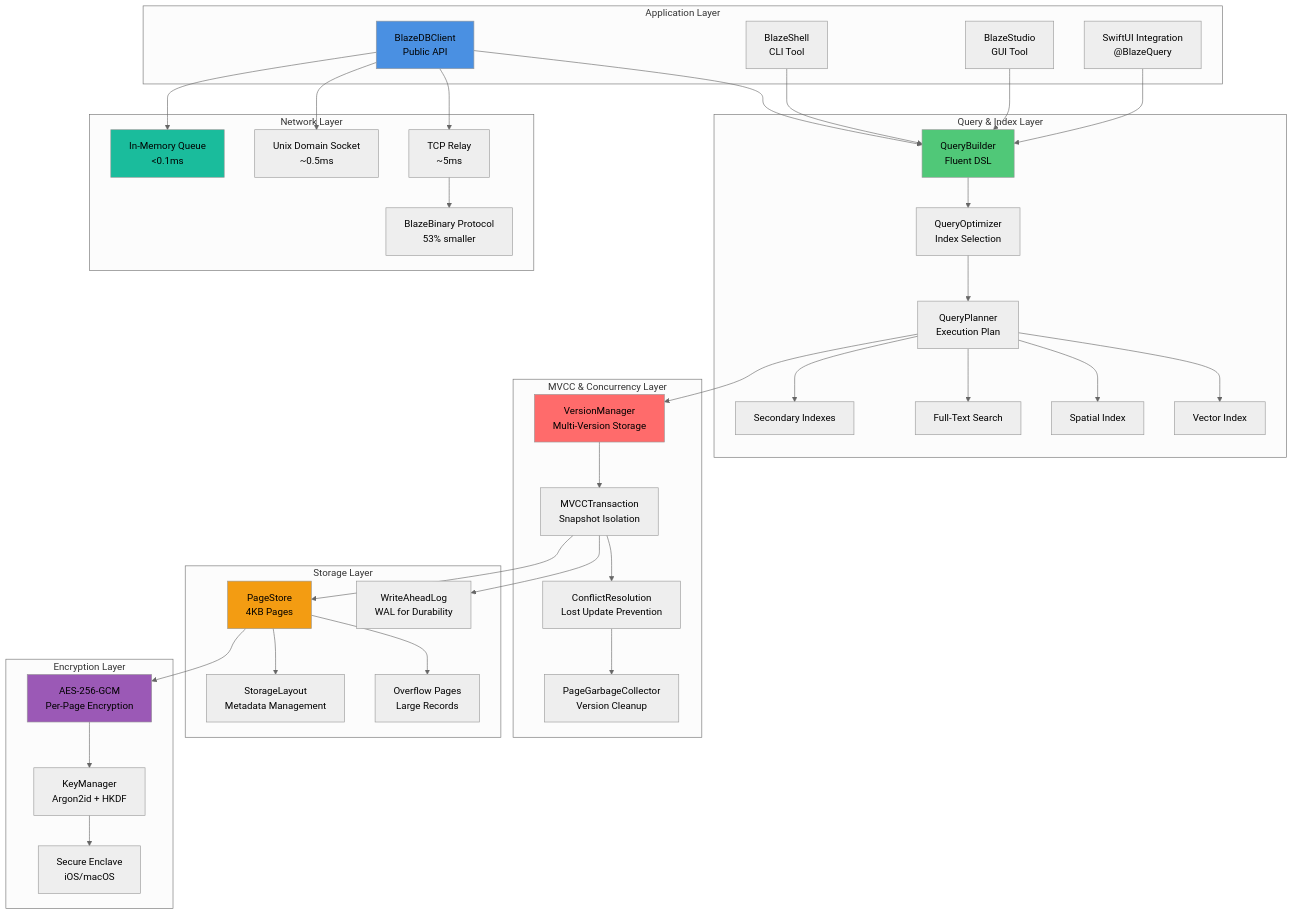
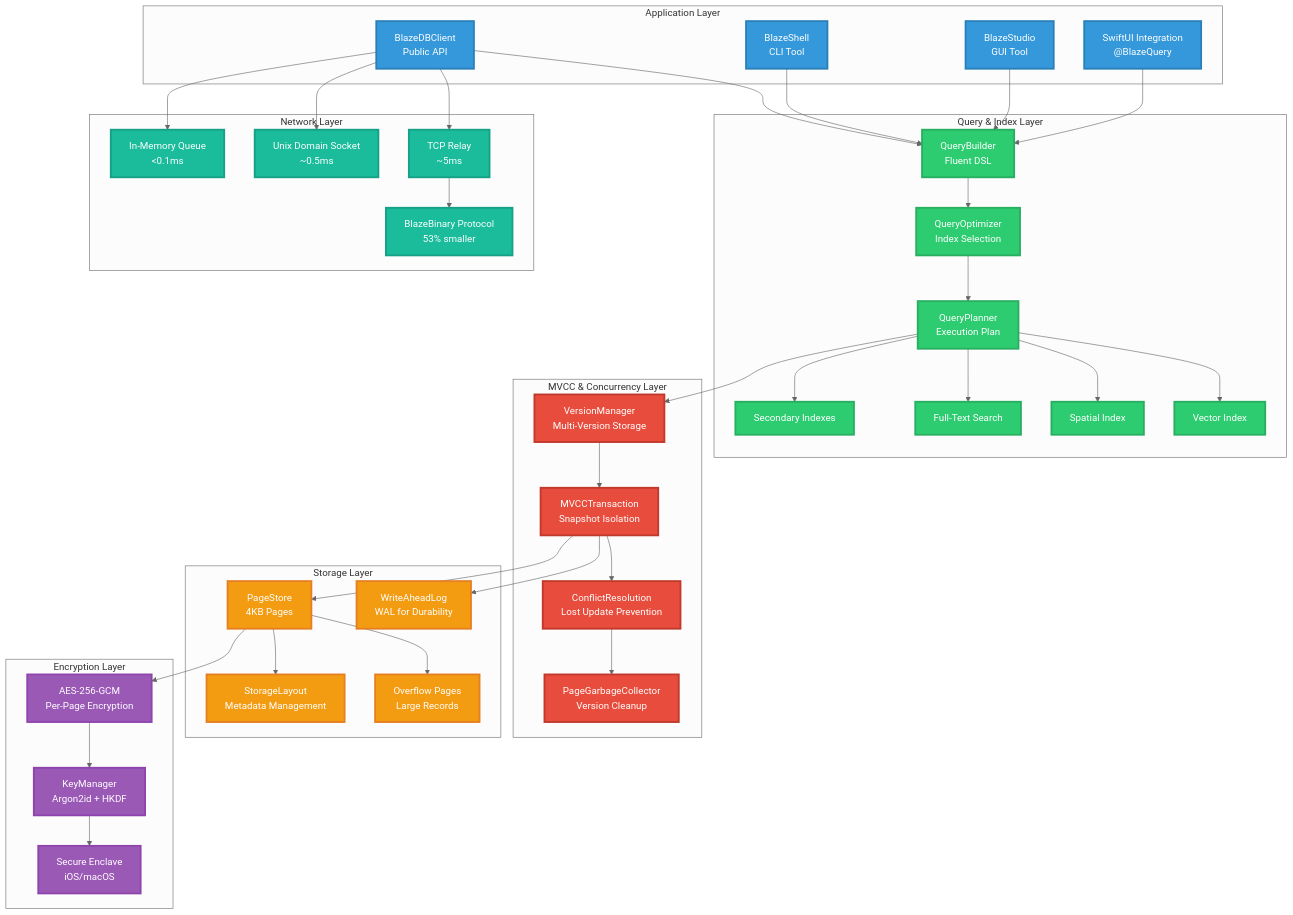
Before and after one commit to Mikedan37/BlazeDB: the first of 8 diagrams in README.md, drawn with Mermaid (neutral theme). The commit also changed other lines of this file, not shown here.

First line of the commit message:
Fix Mermaid diagram syntax errors and improve styling

````diff
--- a/README.md
+++ b/README.md
@@ -299,47 +299,47 @@
 ```mermaid
 graph TB
-    subgraph "Application Layer"
-        A1[BlazeDBClient<br/>Public API]
-        A2[BlazeShell<br/>CLI Tool]
-        A3[BlazeStudio<br/>GUI Tool]
-        A4[SwiftUI Integration<br/>@BlazeQuery]
+    subgraph AppLayer["Application Layer"]
+        A1["BlazeDBClient<br/>Public API"]
+        A2["BlazeShell<br/>CLI Tool"]
+        A3["BlazeStudio<br/>GUI Tool"]
+        A4["SwiftUI Integration<br/>@BlazeQuery"]
     end
     
-    subgraph "Query & Index Layer"
-        Q1[QueryBuilder<br/>Fluent DSL]
-        Q2[QueryOptimizer<br/>Index Selection]
-        Q3[QueryPlanner<br/>Execution Plan]
-        I1[Secondary Indexes]
-        I2[Full-Text Search]
-        I3[Spatial Index]
-        I4[Vector Index]
+    subgraph QueryLayer["Query & Index Layer"]
+        Q1["QueryBuilder<br/>Fluent DSL"]
+        Q2["QueryOptimizer<br/>Index Selection"]
+        Q3["QueryPlanner<br/>Execution Plan"]
+        I1["Secondary Indexes"]
+        I2["Full-Text Search"]
+        I3["Spatial Index"]
+        I4["Vector Index"]
     end
     
-    subgraph "MVCC & Concurrency Layer"
-        M1[VersionManager<br/>Multi-Version Storage]
-        M2[MVCCTransaction<br/>Snapshot Isolation]
-        M3[ConflictResolution<br/>Lost Update Prevention]
-        M4[PageGarbageCollector<br/>Version Cleanup]
+    subgraph MVCCLayer["MVCC & Concurrency Layer"]
+        M1["VersionManager<br/>Multi-Version Storage"]
+        M2["MVCCTransaction<br/>Snapshot Isolation"]
+        M3["ConflictResolution<br/>Lost Update Prevention"]
+        M4["PageGarbageCollector<br/>Version Cleanup"]
     end
     
-    subgraph "Storage Layer"
-        S1[PageStore<br/>4KB Pages]
-        S2[WriteAheadLog<br/>WAL for Durability]
-        S3[StorageLayout<br/>Metadata Management]
-        S4[Overflow Pages<br/>Large Records]
+    subgraph StorageLayer["Storage Layer"]
+        S1["PageStore<br/>4KB Pages"]
+        S2["WriteAheadLog<br/>WAL for Durability"]
+        S3["StorageLayout<br/>Metadata Management"]
+        S4["Overflow Pages<br/>Large Records"]
     end
     
-    subgraph "Encryption Layer"
-        E1[AES-256-GCM<br/>Per-Page Encryption]
-        E2[KeyManager<br/>Argon2id + HKDF]
-        E3[Secure Enclave<br/>iOS/macOS]
+    subgraph EncryptLayer["Encryption Layer"]
+        E1["AES-256-GCM<br/>Per-Page Encryption"]
+        E2["KeyManager<br/>Argon2id + HKDF"]
+        E3["Secure Enclave<br/>iOS/macOS"]
     end
     
-    subgraph "Network Layer"
-        N1[In-Memory Queue<br/>&lt;0.1ms]
-        N2[Unix Domain Socket<br/>~0.5ms]
-        N3[TCP Relay<br/>~5ms]
-        N4[BlazeBinary Protocol<br/>53% smaller]
+    subgraph NetworkLayer["Network Layer"]
+        N1["In-Memory Queue<br/>&lt;0.1ms"]
+        N2["Unix Domain Socket<br/>~0.5ms"]
+        N3["TCP Relay<br/>~5ms"]
+        N4["BlazeBinary Protocol<br/>53% smaller"]
     end
     
     A1 --> Q1
@@ -373,10 +373,17 @@
     A1 --> N3
     N3 --> N4
     
-    style A1 fill:#4a90e2
-    style Q1 fill:#50c878
-    style M1 fill:#ff6b6b
-    style S1 fill:#f39c12
-    style E1 fill:#9b59b6
-    style N1 fill:#1abc9c
+    classDef appLayer fill:#3498db,stroke:#2980b9,stroke-width:3px,color:#fff
+    classDef queryLayer fill:#2ecc71,stroke:#27ae60,stroke-width:3px,color:#fff
+    classDef mvccLayer fill:#e74c3c,stroke:#c0392b,stroke-width:3px,color:#fff
+    classDef storageLayer fill:#f39c12,stroke:#e67e22,stroke-width:3px,color:#fff
+    classDef cryptoLayer fill:#9b59b6,stroke:#8e44ad,stroke-width:3px,color:#fff
+    classDef networkLayer fill:#1abc9c,stroke:#16a085,stroke-width:3px,color:#fff
+    
+    class A1,A2,A3,A4 appLayer
+    class Q1,Q2,Q3,I1,I2,I3,I4 queryLayer
+    class M1,M2,M3,M4 mvccLayer
+    class S1,S2,S3,S4 storageLayer
+    class E1,E2,E3 cryptoLayer
+    class N1,N2,N3,N4 networkLayer
 ```
````
